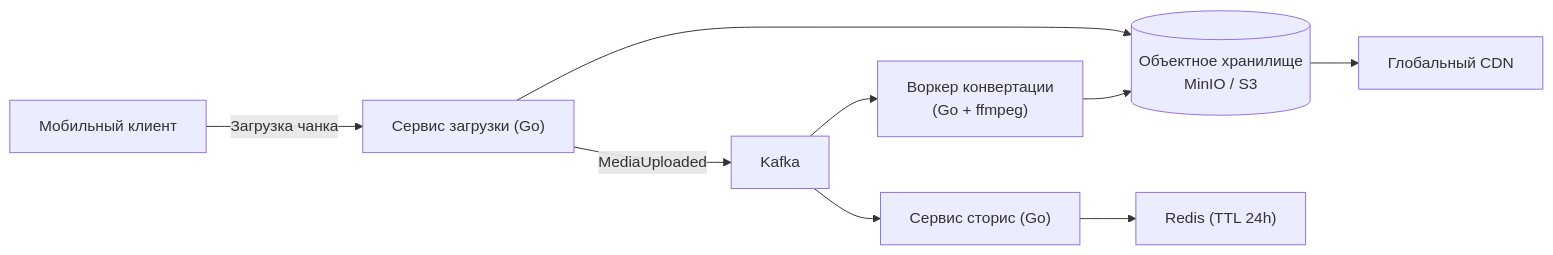
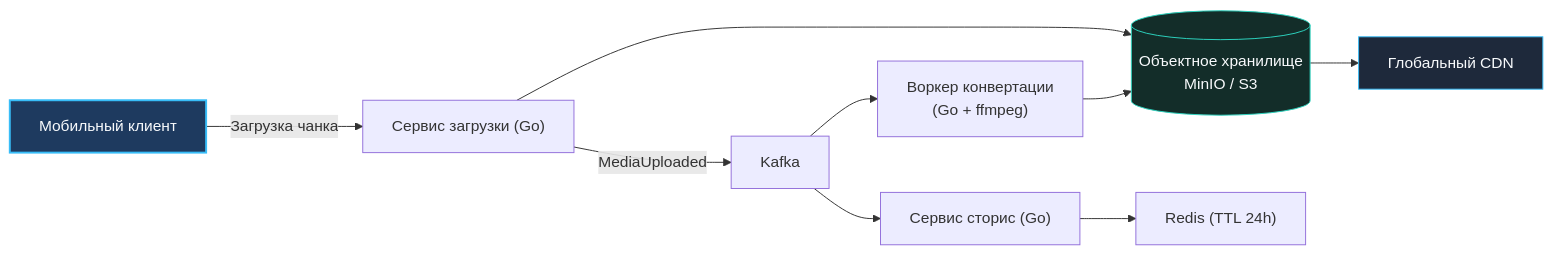
The sixth of 10 diagrams in sources/11. Архитектура и System Design/52. Разбор типичных System Design задач.md (UnrealTemplier/go-textbook), drawn with Mermaid before and after one commit. The commit also changed other lines of this file and 1666 other files, not shown here.

First line of the commit message:
feat(mermaid): add semantic color classDef to 1369 colorless flowchart/graph diagrams

````diff
--- a/sources/11. Архитектура и System Design/52. Разбор типичных System Design задач.md
+++ b/sources/11. Архитектура и System Design/52. Разбор типичных System Design задач.md
@@ -312,15 +362,25 @@
 ```mermaid
 flowchart LR
-    Client["Мобильный клиент"]
+    classDef process  fill:#1e293b,stroke:#38bdf8,stroke-width:1px,color:#f8fafc
+    classDef success  fill:#064e3b,stroke:#34d399,stroke-width:1px,color:#f8fafc
+    classDef error    fill:#7f1d1d,stroke:#f87171,stroke-width:1px,color:#f8fafc
+    classDef warning  fill:#78350f,stroke:#fbbf24,stroke-width:1px,color:#f8fafc
+    classDef entry    fill:#1e3a5f,stroke:#38bdf8,stroke-width:2px,color:#f8fafc
+    classDef aux      fill:#334155,stroke:#64748b,stroke-width:1px,color:#f8fafc
+    classDef system   fill:#312e81,stroke:#a78bfa,stroke-width:1px,color:#f8fafc
+    classDef data     fill:#132d29,stroke:#2dd4bf,stroke-width:1px,color:#f8fafc
+    classDef network  fill:#881337,stroke:#fb7185,stroke-width:1px,color:#f8fafc
+    classDef accent   fill:#1e1b4b,stroke:#818cf8,stroke-width:1px,color:#f8fafc
+    Client["Мобильный клиент"]:::entry
     UploadSvc["Сервис загрузки (Go)"]
     MediaProc["Воркер конвертации<br>(Go + ffmpeg)"]
-    S3[("Объектное хранилище<br>MinIO / S3")]
-    CDN["Глобальный CDN"]
+    S3[("Объектное хранилище<br>MinIO / S3")]:::data
+    CDN["Глобальный CDN"]:::process
     StorySvc["Сервис сторис (Go)"]
     Redis["Redis (TTL 24h)"]
 
     Client -->|"Загрузка чанка"| UploadSvc --> S3
     UploadSvc -->|"MediaUploaded"| Kafka
     Kafka --> MediaProc --> S3 --> CDN
     Kafka --> StorySvc --> Redis
 ```
````
